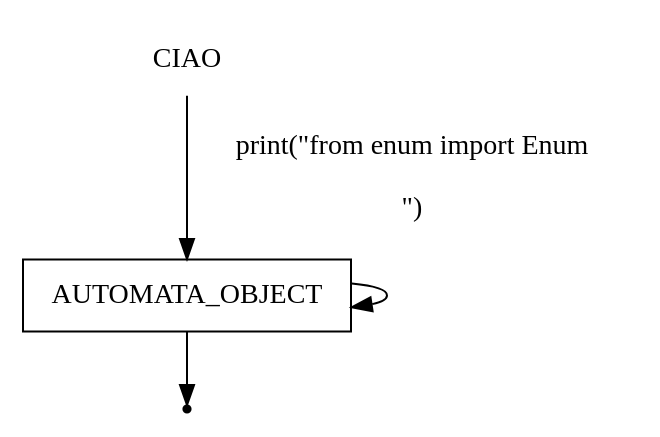
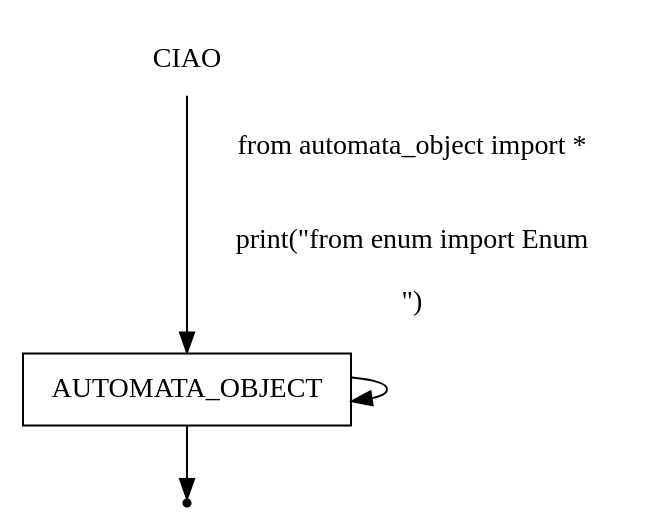
Before and after one commit to aVorotnikov/dsl_generator: the diagram in _examples/ciao/ciao.gv, drawn with Graphviz.

Commit message:
Import in CIAO translator

```diff
--- a/_examples/ciao/ciao.gv
+++ b/_examples/ciao/ciao.gv
@@ -1,8 +1,11 @@
 digraph CIAO {
     start [label=CIAO shape=plaintext]
     A [label=AUTOMATA_OBJECT shape=box]
     end [label="" shape=point]
-    start -> A [label="print(\"from enum import Enum\n\n\")"]
+    start -> A [label="from automata_object import *
+
+
+print(\"from enum import Enum\n\n\")"]
     A -> A
     A -> end
 }
```
